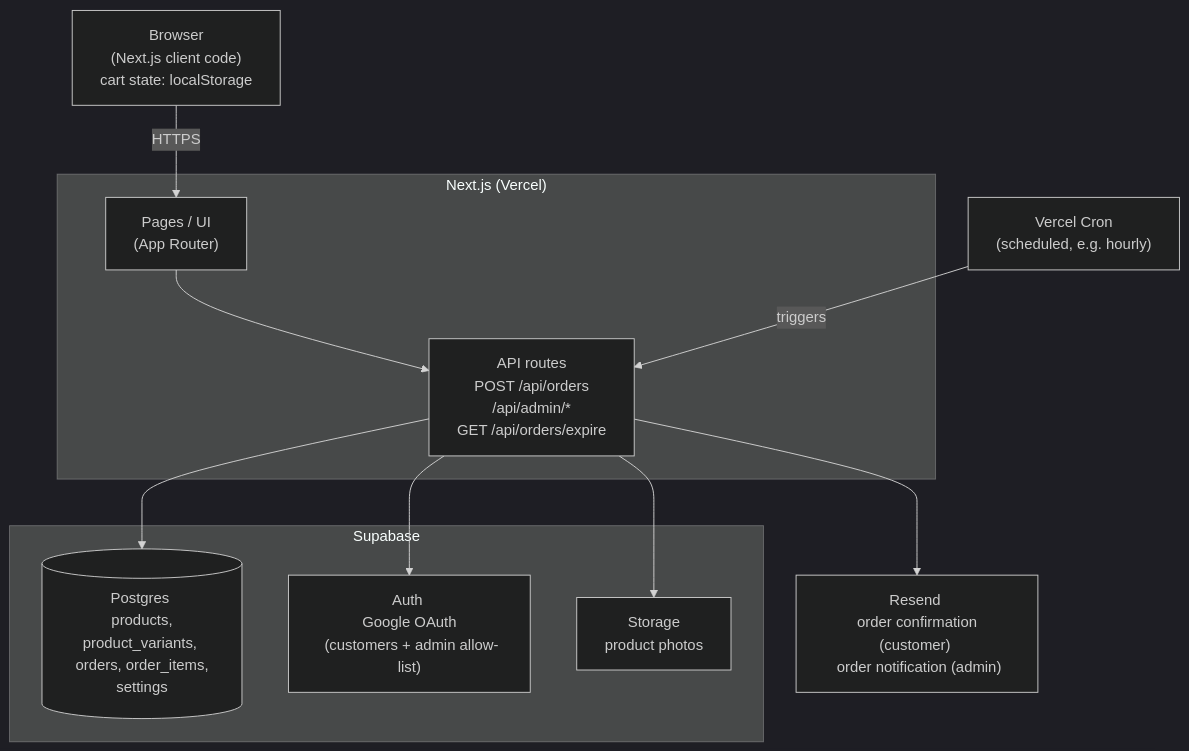
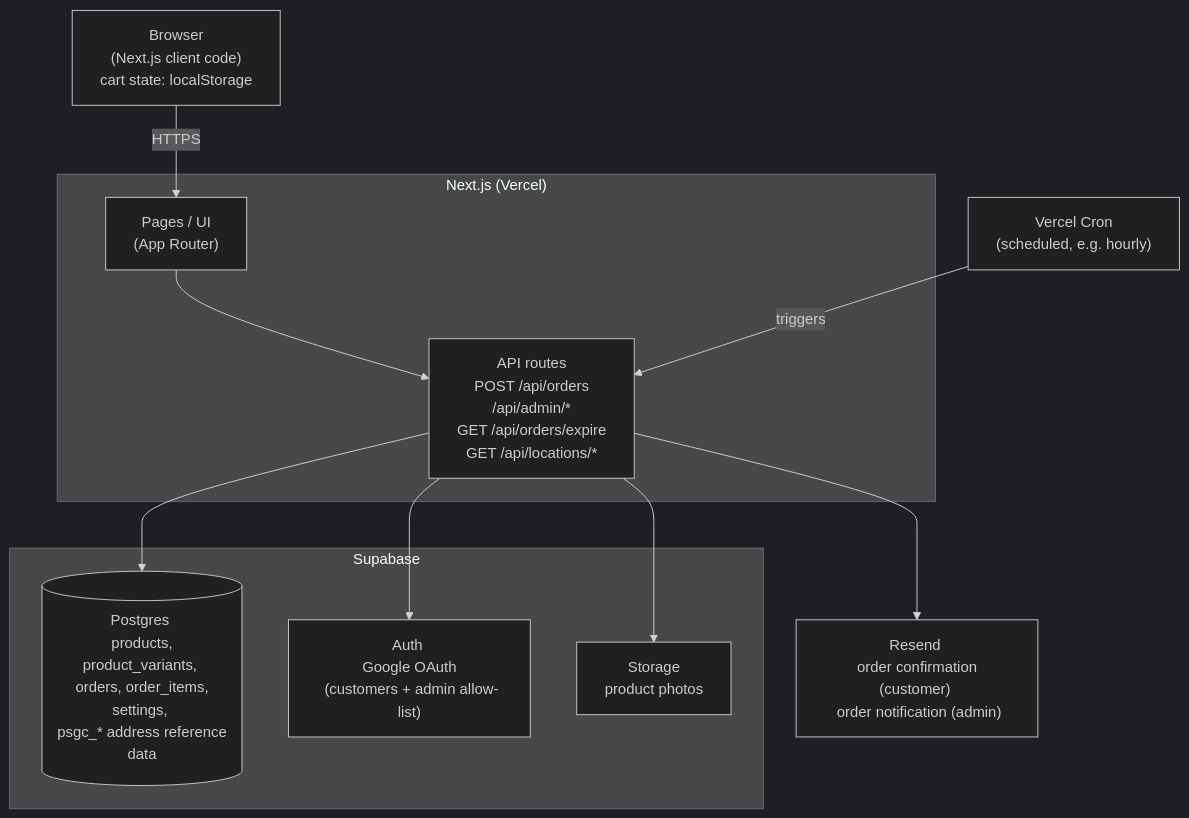
One commit to romerolorenz/leather-shop changed the first of 2 diagrams in docs/ARCHITECTURE.md. Above: the diagram before and after it, drawn with Mermaid (dark theme). The commit also changed other lines of this file and 53 other files, not shown here.

First line of the commit message:
feat: nationwide delivery with PSGC address dropdowns

````diff
--- a/docs/ARCHITECTURE.md
+++ b/docs/ARCHITECTURE.md
@@ -10,26 +10,26 @@
 ```mermaid
 flowchart TD
     Browser["Browser \n (Next.js client code) \n cart state: localStorage"]
     Cron["Vercel Cron \n (scheduled, e.g. hourly)"]
 
     subgraph NextJS["Next.js (Vercel)"]
         UI["Pages / UI \n (App Router)"]
-        API["API routes \n POST /api/orders \n /api/admin/* \n GET /api/orders/expire"]
+        API["API routes \n POST /api/orders \n /api/admin/* \n GET /api/orders/expire \n GET /api/locations/*"]
     end
 
     subgraph SB["Supabase"]
-        DB[("Postgres \n products, product_variants, \n orders, order_items, settings")]
+        DB[("Postgres \n products, product_variants, \n orders, order_items, settings, \n psgc_* address reference data")]
         Auth["Auth \n Google OAuth \n (customers + admin allow-list)"]
         Storage["Storage \n product photos"]
     end
 
     Resend["Resend \n order confirmation (customer) \n order notification (admin)"]
 
     Browser -->|HTTPS| UI
     UI --> API
     Cron -->|triggers| API
     API --> DB
     API --> Auth
     API --> Storage
     API --> Resend
 ```
````
